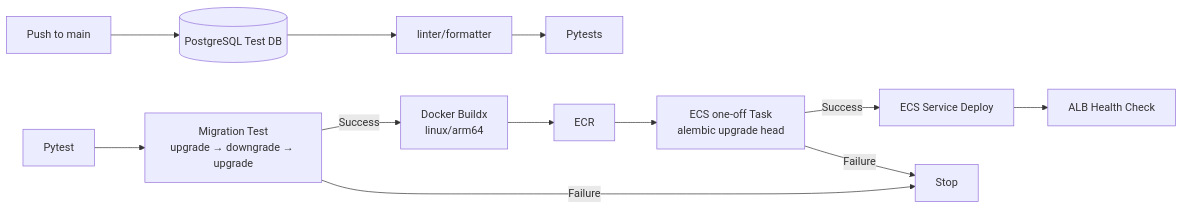
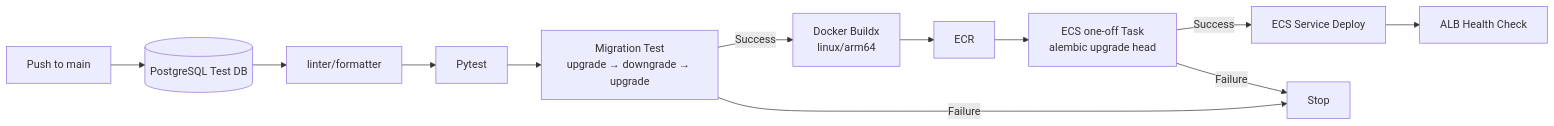
Before and after one commit to Rintaro58511/rin_task-app_2nd: the second of 2 diagrams in README.md, drawn with Mermaid.

Commit message:
readmeの修正

````diff
--- a/README.md
+++ b/README.md
@@ -98,25 +98,25 @@
 ``` mermaid
 flowchart LR
     Push[Push to main]
     TestDB[(PostgreSQL Test DB)]
     Ruff[linter/formatter]
     Pytest[Pytest]
     AlembicTest["Migration Test<br/>upgrade → downgrade → upgrade"]
     Build[Docker Buildx<br/>linux/arm64]
     ECR[ECR]
     Migration["ECS one-off Task<br/>alembic upgrade head"]
     ECS[ECS Service Deploy]
     Health[ALB Health Check]
 
     Push --> TestDB
     TestDB --> Ruff
-    Ruff --> Pytests
+    Ruff --> Pytest
     Pytest --> AlembicTest
     AlembicTest -->|Success| Build
     AlembicTest -->|Failure| Stop[Stop]
     Build --> ECR
     ECR --> Migration
     Migration --> |Success| ECS
     Migration --> |Failure| Stop[Stop]
     ECS --> Health
 ```
````
